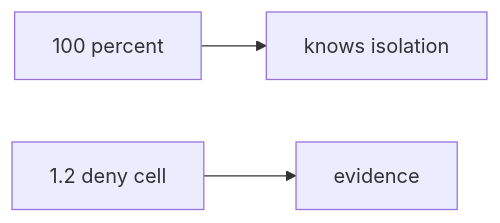
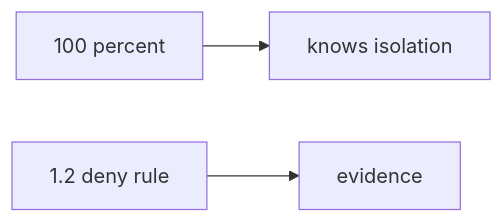
One commit to ishitvagoel/LearnSecurity changed the diagram in content/modules/0/0.2/lessons/07-transfer.md. Above: the diagram before and after it, drawn with Mermaid. The commit also changed other lines of this file and 354 other files, not shown here.

````diff
--- a/content/modules/0/0.2/lessons/07-transfer.md
+++ b/content/modules/0/0.2/lessons/07-transfer.md
@@ -26,5 +26,5 @@
 ```mermaid
 flowchart LR
   Pct[100 percent] --> Belief[knows isolation]
-  Lab["1.2 deny cell"] --> Reality[evidence]
+  Lab["1.2 deny rule"] --> Reality[evidence]
 ```
````
